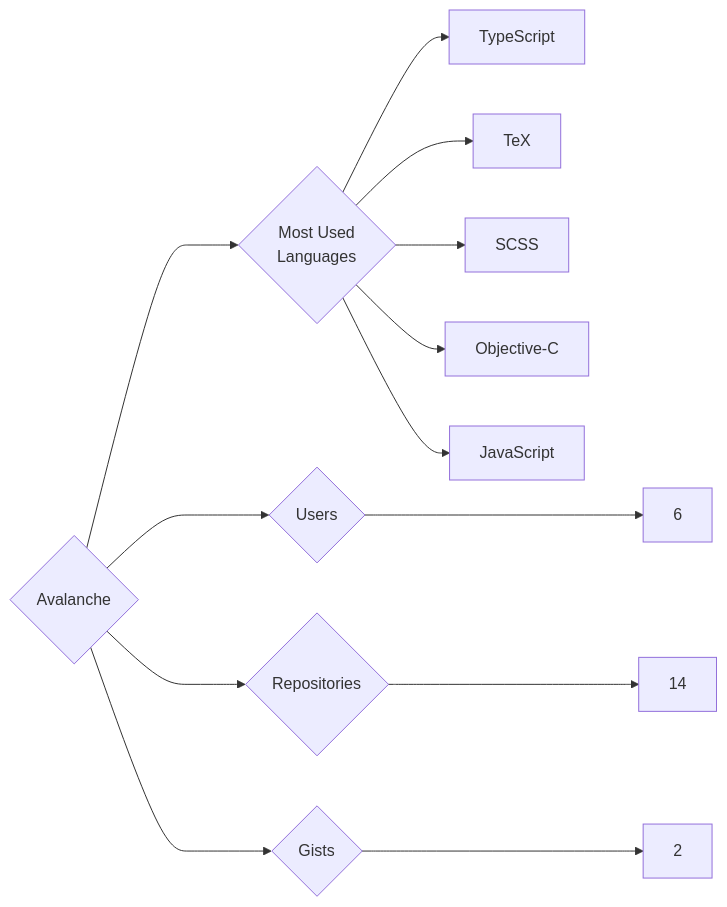
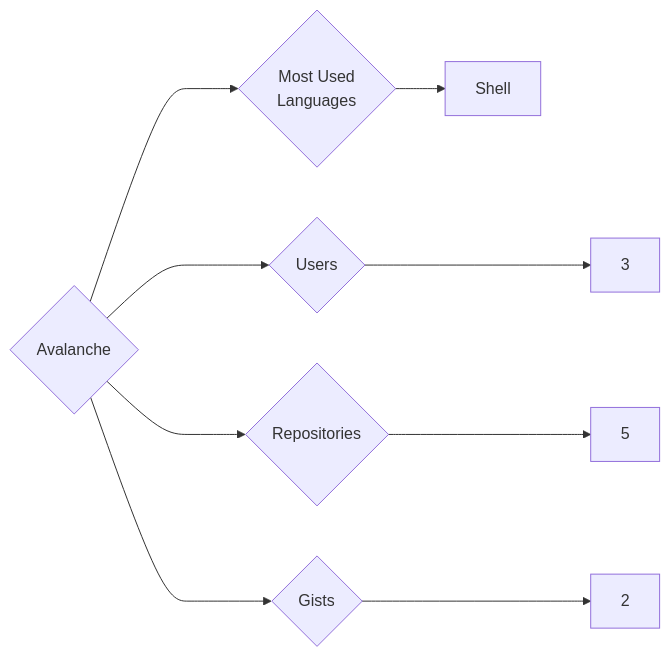
Before and after one commit to trickest/insiders: the diagram in targets/Avalanche/README.md, drawn with Mermaid. The commit also changed 1092 other files, not shown here.

````diff
--- a/targets/Avalanche/README.md
+++ b/targets/Avalanche/README.md
@@ -3,13 +3,9 @@
 ```mermaid
 graph LR
 COMPANY_NAME{Avalanche}
-COMPANY_NAME ---> U{Users} ---> UN[6]
-COMPANY_NAME ---> R{Repositories} ---> RN[14]
+COMPANY_NAME ---> U{Users} ---> UN[3]
+COMPANY_NAME ---> R{Repositories} ---> RN[5]
 COMPANY_NAME ---> G{Gists} ---> GN[2]
 COMPANY_NAME ---> ML{Most Used<br>Languages}
-ML --> TypeScript[TypeScript]
-ML --> TeX[TeX]
-ML --> SCSS[SCSS]
-ML --> Objective-C[Objective-C]
-ML --> JavaScript[JavaScript]
+ML --> Shell[Shell]
 ```
````
